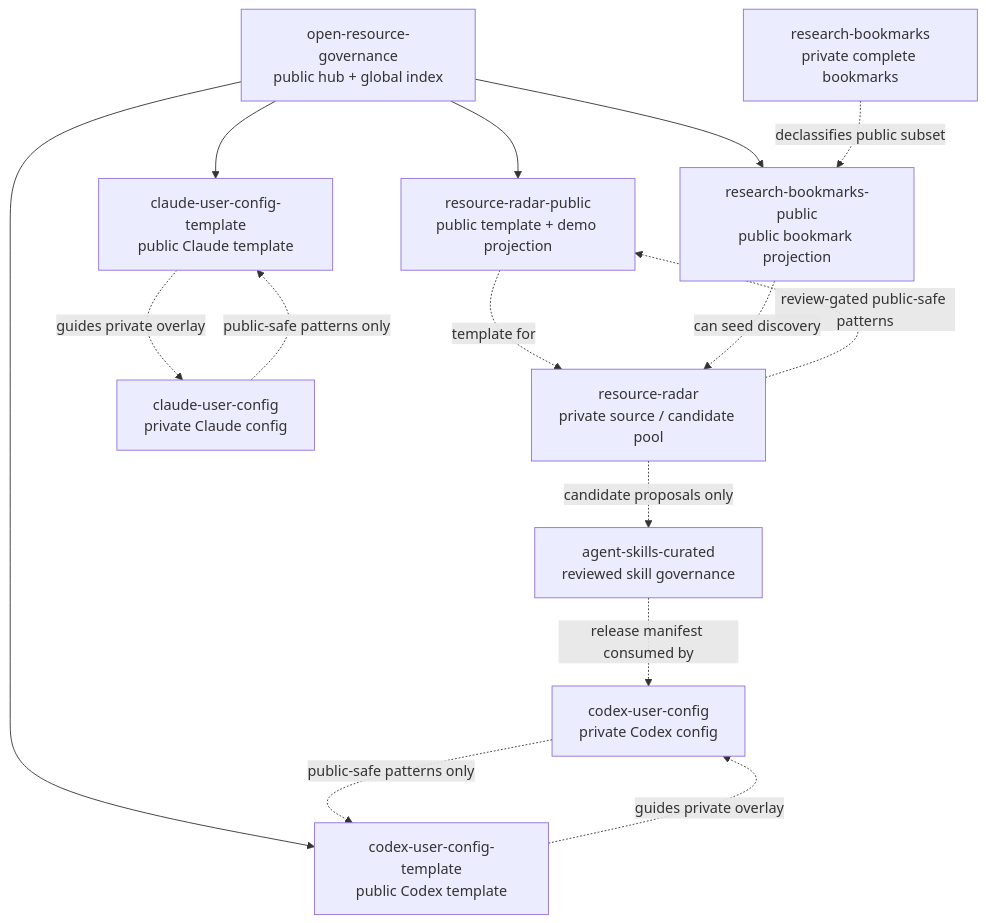
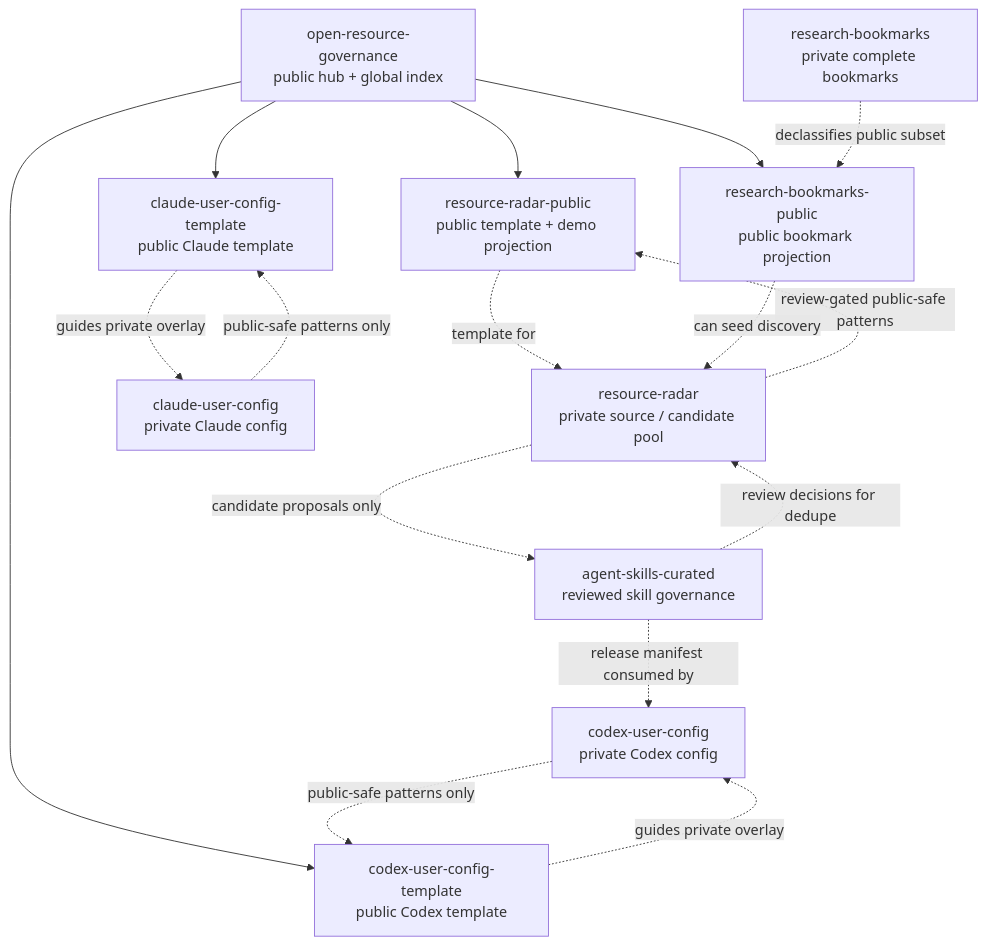
One commit to yiheng8023/open-resource-governance changed the diagram in docs/system-topology.md. Above: the diagram before and after it, drawn with Mermaid. The commit also changed other lines of this file and 6 other files, not shown here.

Commit message:
Clarify graph topology and skill lane boundary

````diff
--- a/docs/system-topology.md
+++ b/docs/system-topology.md
@@ -34,36 +44,37 @@
 ```mermaid
 flowchart TD
   hub["open-resource-governance<br/>public hub + global index"]
 
   radarPrivate["resource-radar<br/>private source / candidate pool"]
   radarPublic["resource-radar-public<br/>public template + demo projection"]
 
   bookmarksPrivate["research-bookmarks<br/>private complete bookmarks"]
   bookmarksPublic["research-bookmarks-public<br/>public bookmark projection"]
 
   skills["agent-skills-curated<br/>reviewed skill governance"]
 
   codexTemplate["codex-user-config-template<br/>public Codex template"]
   codexPrivate["codex-user-config<br/>private Codex config"]
   claudeTemplate["claude-user-config-template<br/>public Claude template"]
   claudePrivate["claude-user-config<br/>private Claude config"]
 
   hub --> radarPublic
   hub --> bookmarksPublic
   hub --> codexTemplate
   hub --> claudeTemplate
 
   radarPublic -. "template for" .-> radarPrivate
   radarPrivate -. "review-gated public-safe patterns" .-> radarPublic
 
   bookmarksPrivate -. "declassifies public subset" .-> bookmarksPublic
   bookmarksPublic -. "can seed discovery" .-> radarPrivate
 
   radarPrivate -. "candidate proposals only" .-> skills
+  skills -. "review decisions for dedupe" .-> radarPrivate
   skills -. "release manifest consumed by" .-> codexPrivate
 
   codexTemplate -. "guides private overlay" .-> codexPrivate
   codexPrivate -. "public-safe patterns only" .-> codexTemplate
   claudeTemplate -. "guides private overlay" .-> claudePrivate
   claudePrivate -. "public-safe patterns only" .-> claudeTemplate
 ```
````
